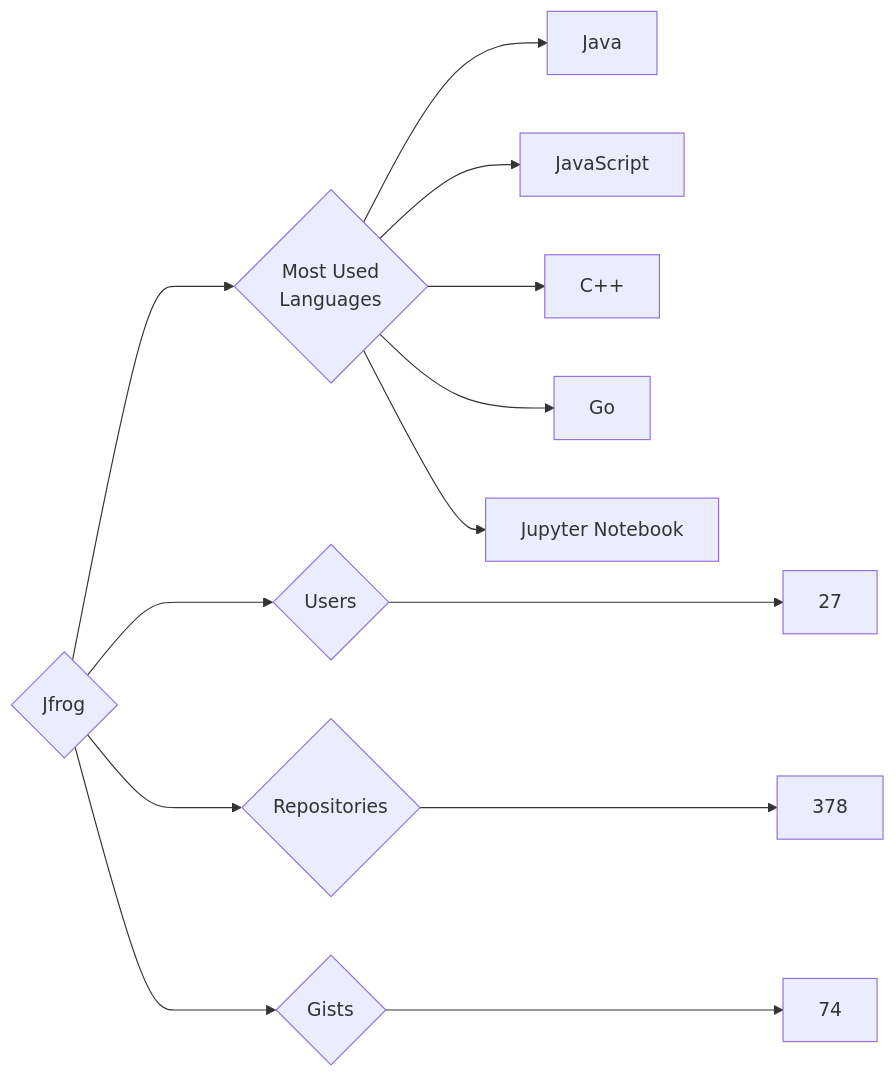
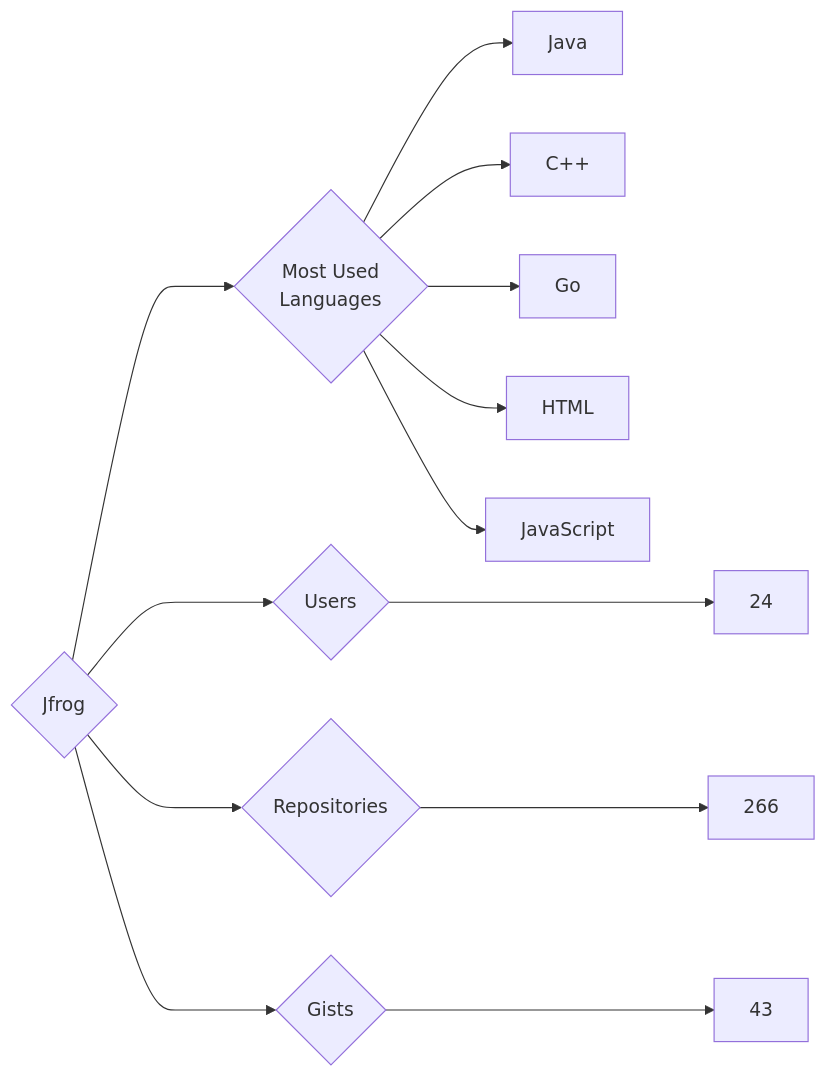
The diagram in targets/Jfrog/README.md (trickest/insiders), drawn with Mermaid before and after one commit. The commit also changed 826 other files, not shown here.

````diff
--- a/targets/Jfrog/README.md
+++ b/targets/Jfrog/README.md
@@ -3,13 +3,13 @@
 ```mermaid
 graph LR
 COMPANY_NAME{Jfrog}
-COMPANY_NAME ---> U{Users} ---> UN[27]
-COMPANY_NAME ---> R{Repositories} ---> RN[378]
-COMPANY_NAME ---> G{Gists} ---> GN[74]
+COMPANY_NAME ---> U{Users} ---> UN[24]
+COMPANY_NAME ---> R{Repositories} ---> RN[266]
+COMPANY_NAME ---> G{Gists} ---> GN[43]
 COMPANY_NAME ---> ML{Most Used<br>Languages}
 ML --> Java[Java]
-ML --> JavaScript[JavaScript]
 ML --> C++[C++]
 ML --> Go[Go]
-ML --> Jupyter_Notebook[Jupyter Notebook]
+ML --> HTML[HTML]
+ML --> JavaScript[JavaScript]
 ```
````
